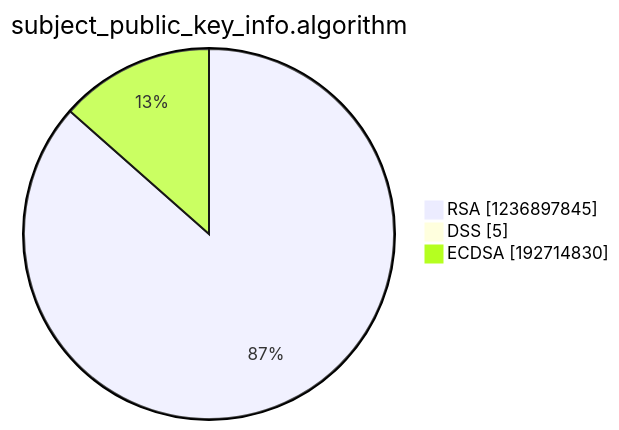
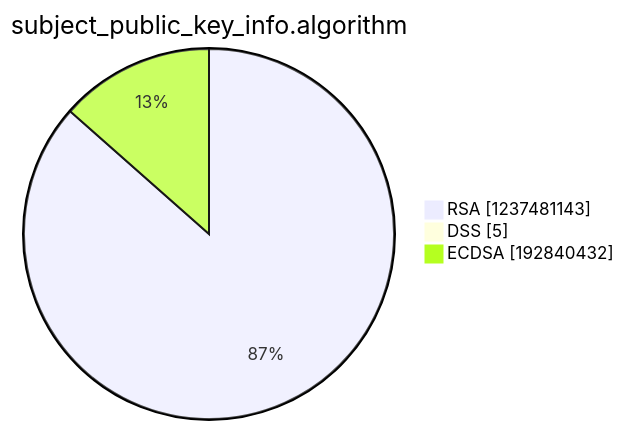
One commit to christiankrug/ctmonitor_visualization changed the third of 15 diagrams in argon2022/README.md. Above: the diagram before and after it, drawn with Mermaid. The commit also changed other lines of this file, not shown here.

````diff
--- a/argon2022/README.md
+++ b/argon2022/README.md
@@ -14,7 +14,7 @@
 ```mermaid
 pie showData
 title subject_public_key_info.algorithm
-"RSA" :1236897845
+"RSA" :1237481143
 "DSS" :5
-"ECDSA" :192714830
+"ECDSA" :192840432
 ```
````
